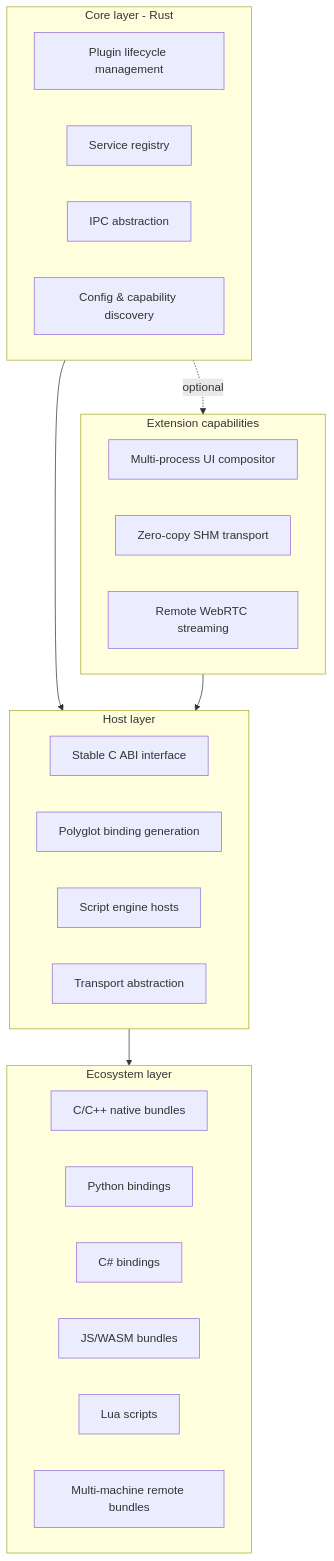
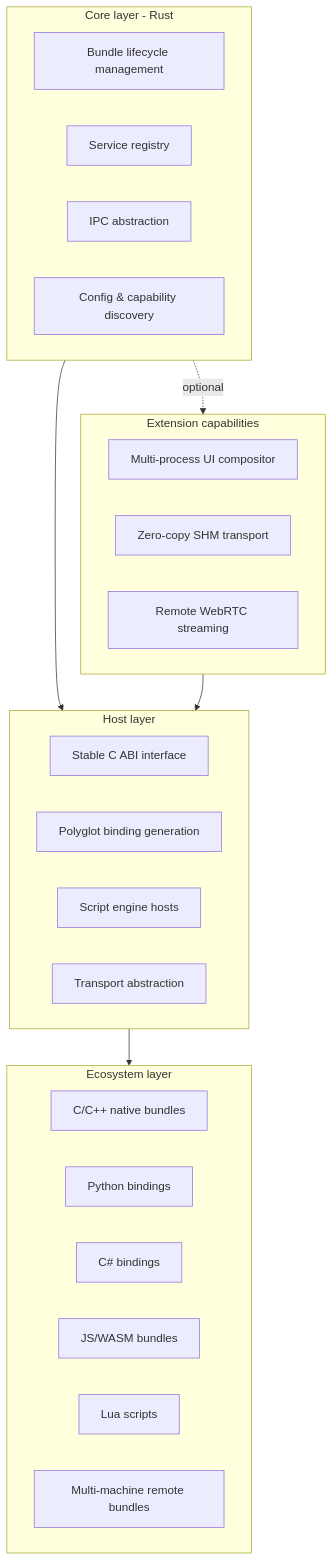
Before and after one commit to chengxuewen/ModuKit: the diagram in docs/whitepaper.md, drawn with Mermaid. The commit also changed other lines of this file and 21 other files, not shown here.

````diff
--- a/docs/whitepaper.md
+++ b/docs/whitepaper.md
@@ -75,35 +75,35 @@
 ```mermaid
 flowchart TD
     subgraph L1 [Core layer - Rust]
-        A[Plugin lifecycle management]
+        A[Bundle lifecycle management]
         B[Service registry]
         C[IPC abstraction]
         D[Config & capability discovery]
     end
 
     subgraph L2 [Host layer]
         E1[Stable C ABI interface]
         E2[Polyglot binding generation]
         E3[Script engine hosts]
         E4[Transport abstraction]
     end
 
     subgraph L3 [Ecosystem layer]
         F1[C/C++ native bundles]
         F2[Python bindings]
         F3[C# bindings]
         F4[JS/WASM bundles]
         F5[Lua scripts]
         F6[Multi-machine remote bundles]
     end
 
     subgraph L4 [Extension capabilities]
         G1[Multi-process UI compositor]
         G2[Zero-copy SHM transport]
         G3[Remote WebRTC streaming]
     end
 
     L1 --> L2 --> L3
     L1 -.optional.-> L4
     L4 --> L2
 ```
````
